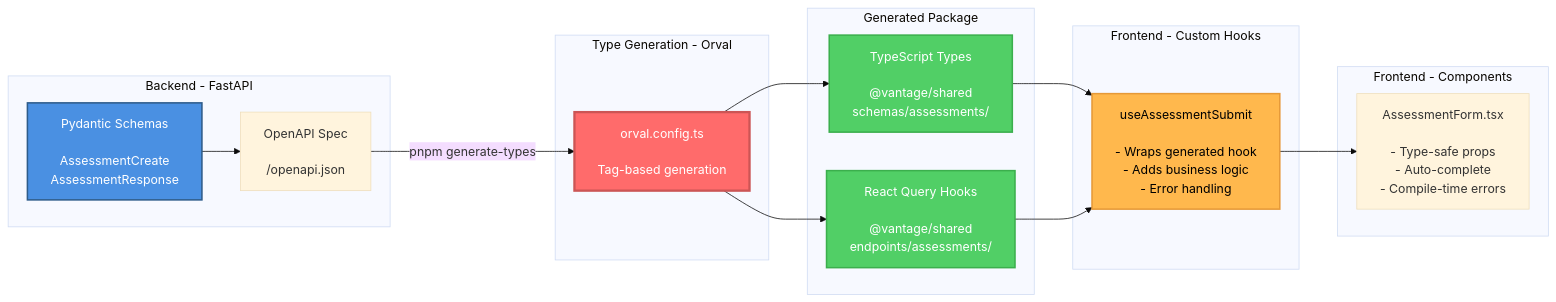
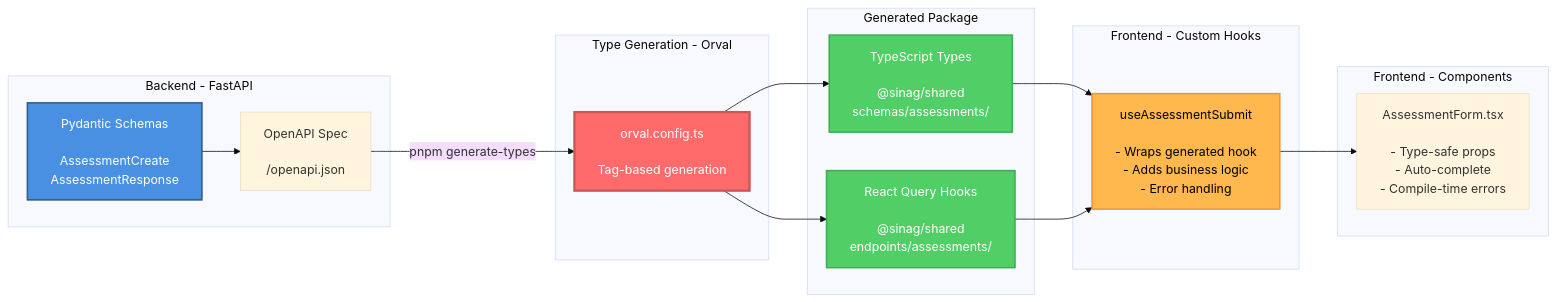
The fourth of 9 diagrams in docs/architecture/frontend-architecture.md (generyand/sinag), drawn with Mermaid (base theme) before and after one commit. The commit also changed other lines of this file and 260 other files, not shown here.

````diff
--- a/docs/architecture/frontend-architecture.md
+++ b/docs/architecture/frontend-architecture.md
@@ -275,43 +275,43 @@
 ```mermaid
 graph LR
     subgraph "Backend - FastAPI"
         PYDANTIC[Pydantic Schemas<br/><br/>AssessmentCreate<br/>AssessmentResponse]
 
         OPENAPI[OpenAPI Spec<br/><br/>/openapi.json]
     end
 
     subgraph "Type Generation - Orval"
         ORVAL[orval.config.ts<br/><br/>Tag-based generation]
     end
 
     subgraph "Generated Package"
-        SCHEMAS[TypeScript Types<br/><br/>@vantage/shared<br/>schemas/assessments/]
+        SCHEMAS[TypeScript Types<br/><br/>@sinag/shared<br/>schemas/assessments/]
 
-        ENDPOINTS[React Query Hooks<br/><br/>@vantage/shared<br/>endpoints/assessments/]
+        ENDPOINTS[React Query Hooks<br/><br/>@sinag/shared<br/>endpoints/assessments/]
     end
 
     subgraph "Frontend - Custom Hooks"
         CUSTOM_HOOK[useAssessmentSubmit<br/><br/>- Wraps generated hook<br/>- Adds business logic<br/>- Error handling]
     end
 
     subgraph "Frontend - Components"
         COMPONENT[AssessmentForm.tsx<br/><br/>- Type-safe props<br/>- Auto-complete<br/>- Compile-time errors]
     end
 
     PYDANTIC --> OPENAPI
     OPENAPI -->|pnpm generate-types| ORVAL
 
     ORVAL --> SCHEMAS
     ORVAL --> ENDPOINTS
 
     SCHEMAS --> CUSTOM_HOOK
     ENDPOINTS --> CUSTOM_HOOK
 
     CUSTOM_HOOK --> COMPONENT
 
     style PYDANTIC fill:#4A90E2,stroke:#2E5C8A,stroke-width:2px,color:#fff
     style ORVAL fill:#FF6B6B,stroke:#CC5555,stroke-width:3px,color:#fff
     style SCHEMAS fill:#51CF66,stroke:#3BAF4D,stroke-width:2px,color:#fff
     style ENDPOINTS fill:#51CF66,stroke:#3BAF4D,stroke-width:2px,color:#fff
     style CUSTOM_HOOK fill:#FFB84D,stroke:#E69938,stroke-width:2px,color:#000
 ```
````
